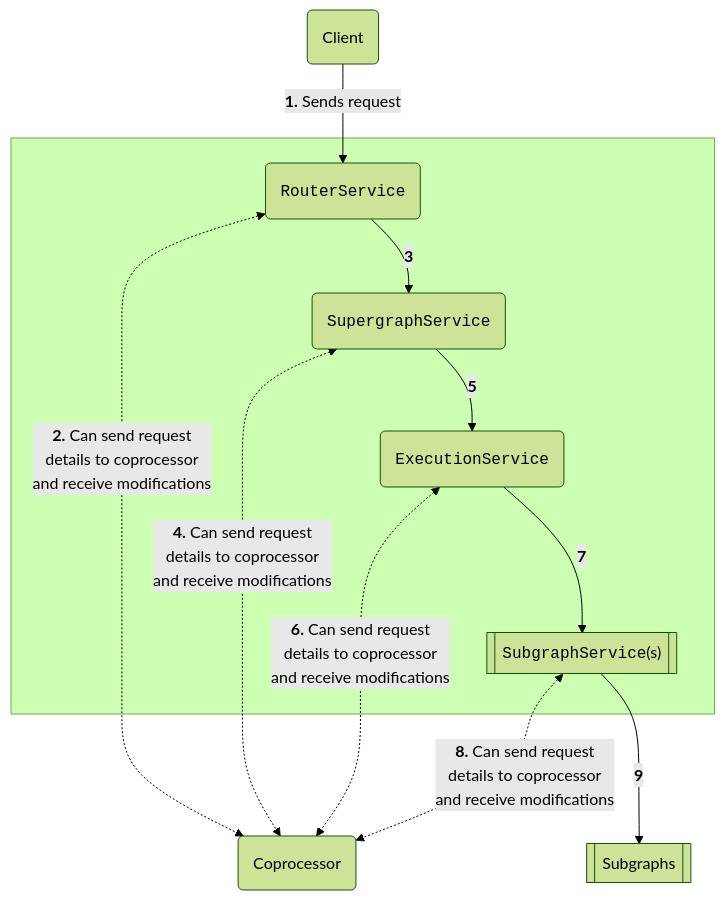
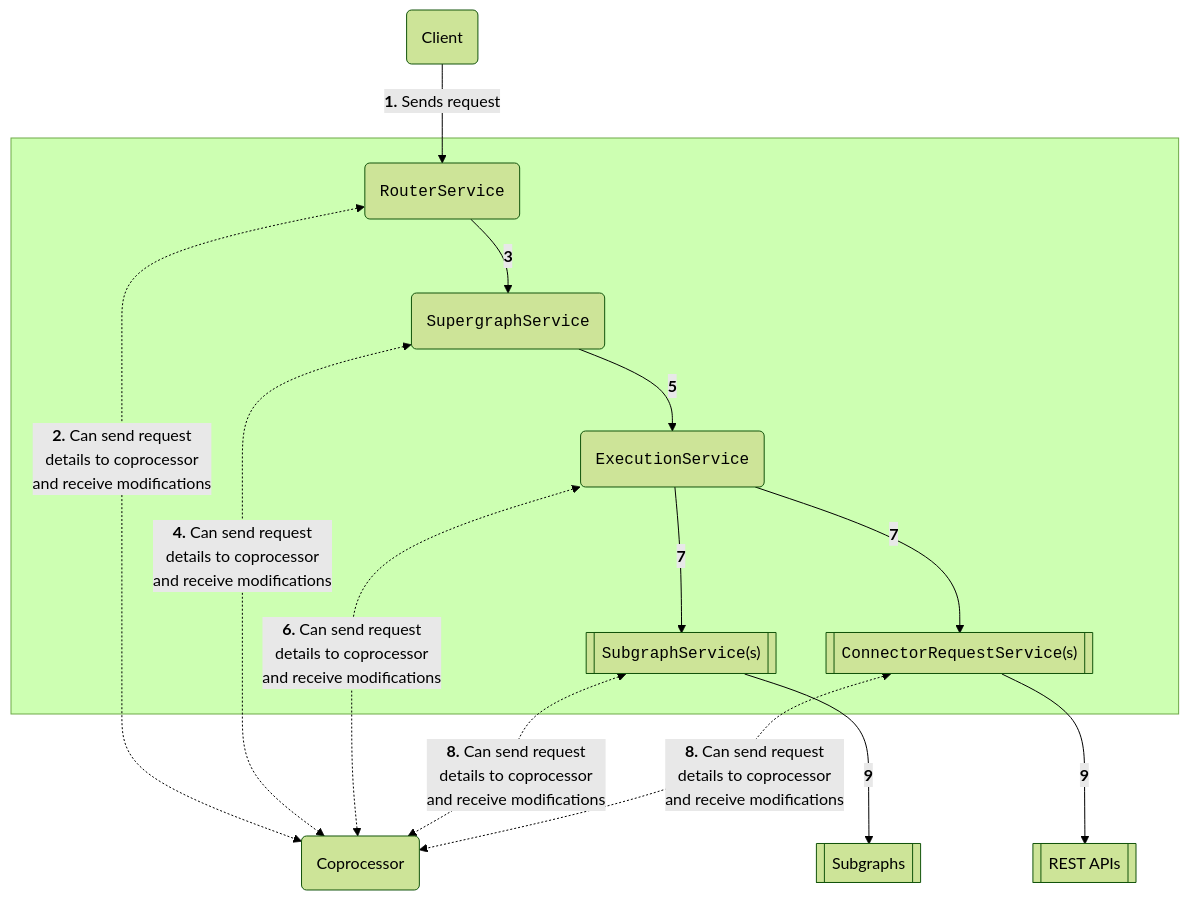
Before and after one commit to apollographql/router: the first of 2 diagrams in docs/source/routing/customization/coprocessor/index.mdx, drawn with Mermaid (forest theme). The commit also changed other lines of this file and 3 other files, not shown here.

````diff
--- a/docs/source/routing/customization/coprocessor/index.mdx
+++ b/docs/source/routing/customization/coprocessor/index.mdx
@@ -32,23 +32,28 @@
 ```mermaid
 flowchart TB;
   client(Client);
   coprocessing(Coprocessor);
   subgraph " "
   routerService("<code>RouterService</code>");
   supergraphService("<code>SupergraphService</code>");
   executionService("<code>ExecutionService</code>");
   subgraphService[["<code>SubgraphService</code>(s)"]];
+  connectorService[["<code>ConnectorRequestService</code>(s)"]];
   end;
   subgraphs[[Subgraphs]];
+  restAPIs[[REST APIs]];
   client --"<b>1.</b> Sends request"--> routerService;
   routerService <-."<b>2.</b> Can send request<br/>details to coprocessor<br/>and receive modifications".-> coprocessing;
   routerService --"<b>3</b>"--> supergraphService;
   supergraphService <-."<b>4.</b> Can send request<br/>details to coprocessor<br/>and receive modifications".-> coprocessing;
   supergraphService --"<b>5</b>"--> executionService;
   executionService <-."<b>6.</b> Can send request<br/>details to coprocessor<br/>and receive modifications".-> coprocessing;
   executionService --"<b>7</b>"--> subgraphService;
   subgraphService <-."<b>8.</b> Can send request<br/>details to coprocessor<br/>and receive modifications".-> coprocessing;
   subgraphService -- "<b>9</b>"--> subgraphs;
+  executionService --"<b>7</b>"--> connectorService;
+  connectorService <-."<b>8.</b> Can send request<br/>details to coprocessor<br/>and receive modifications".-> coprocessing;
+  connectorService -- "<b>9</b>"--> restAPIs;
 
-  class client,subgraphs,coprocessing secondary;
+  class client,subgraphs,restAPIs,coprocessing secondary;
 ```
````
